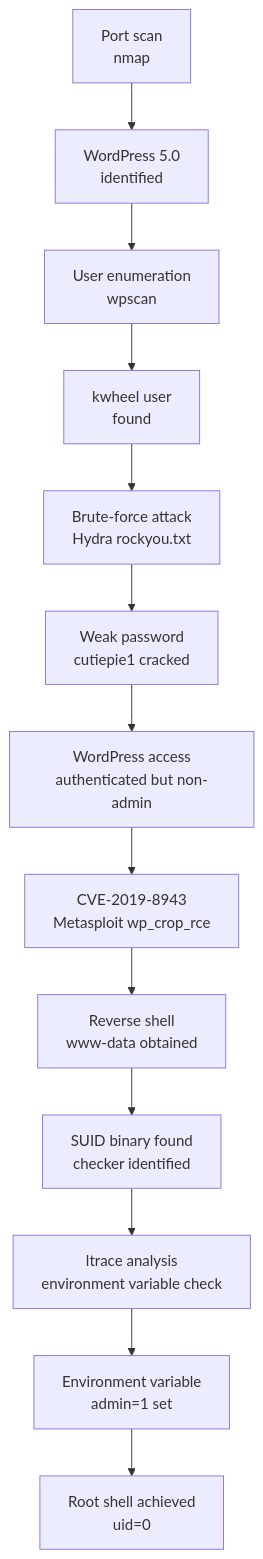
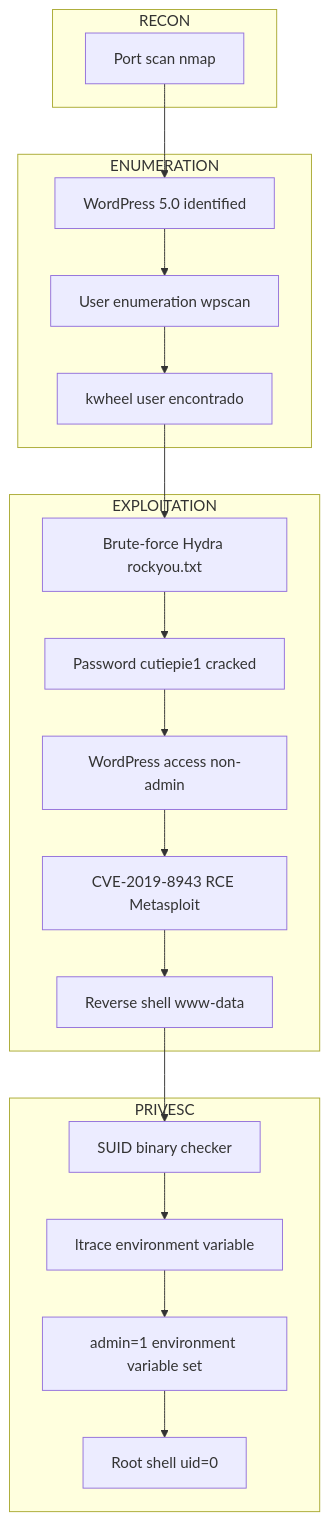
The diagram in _posts/2026-07-10-blog.md (renekerr/renekerr.github.io), drawn with Mermaid before and after one commit. The commit also changed other lines of this file and 8 other files, not shown here.

Commit message:
Improve Attack Flow diagrams: convert to subgraph format grouped by phase (RECON-ENUMERATION-EXPLOITATION-PRIVESC-POST-EXPLOITATION) for all CTF writeups

```diff
--- a/_posts/2026-07-10-blog.md
+++ b/_posts/2026-07-10-blog.md
@@ -213,15 +213,28 @@
 <div class="mermaid">
 graph TD
-    A["Port scan<br/>nmap"] --> B["WordPress 5.0<br/>identified"]
-    B --> C["User enumeration<br/>wpscan"]
-    C --> D["kwheel user<br/>found"]
-    D --> E["Brute-force attack<br/>Hydra rockyou.txt"]
-    E --> F["Weak password<br/>cutiepie1 cracked"]
-    F --> G["WordPress access<br/>authenticated but non-admin"]
-    G --> H["CVE-2019-8943<br/>Metasploit wp_crop_rce"]
-    H --> I["Reverse shell<br/>www-data obtained"]
-    I --> J["SUID binary found<br/>checker identified"]
-    J --> K["ltrace analysis<br/>environment variable check"]
-    K --> L["Environment variable<br/>admin=1 set"]
-    L --> M["Root shell achieved<br/>uid=0"]
+ subgraph RECON["RECON"]
+  A["Port scan nmap"]
+ end
+ 
+ subgraph ENUM["ENUMERATION"]
+  B["WordPress 5.0 identified"] --> C["User enumeration wpscan"]
+  C --> D["kwheel user encontrado"]
+ end
+ 
+ subgraph EXPL["EXPLOITATION"]
+  E["Brute-force Hydra rockyou.txt"] --> F["Password cutiepie1 cracked"]
+  F --> G["WordPress access non-admin"]
+  G --> H["CVE-2019-8943 RCE Metasploit"]
+  H --> I["Reverse shell www-data"]
+ end
+ 
+ subgraph PRIVESC["PRIVESC"]
+  J["SUID binary checker"] --> K["ltrace environment variable"]
+  K --> L["admin=1 environment variable set"]
+  L --> M["Root shell uid=0"]
+ end
+ 
+ A --> B
+ D --> E
+ I --> J
 </div>
```
